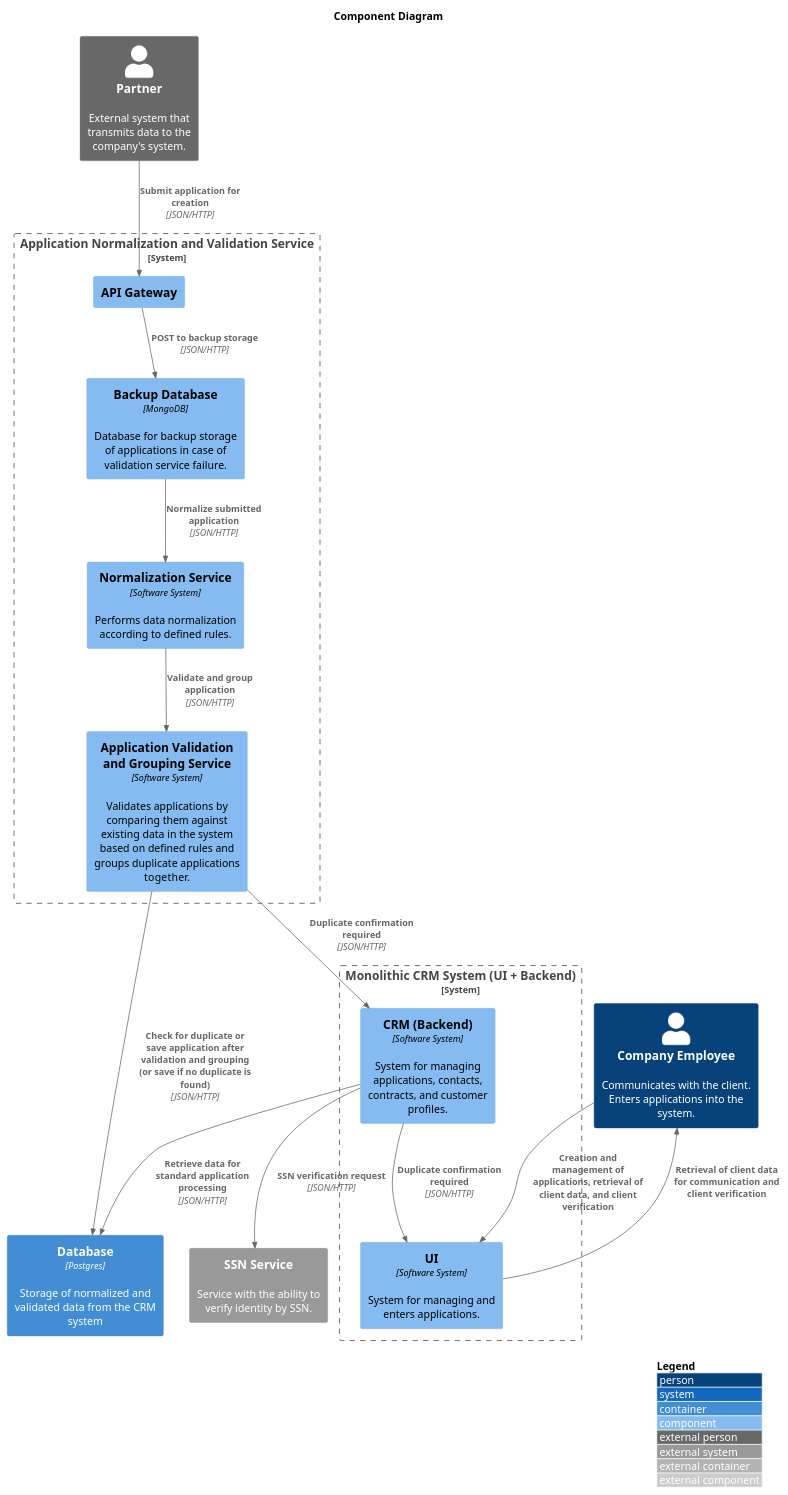
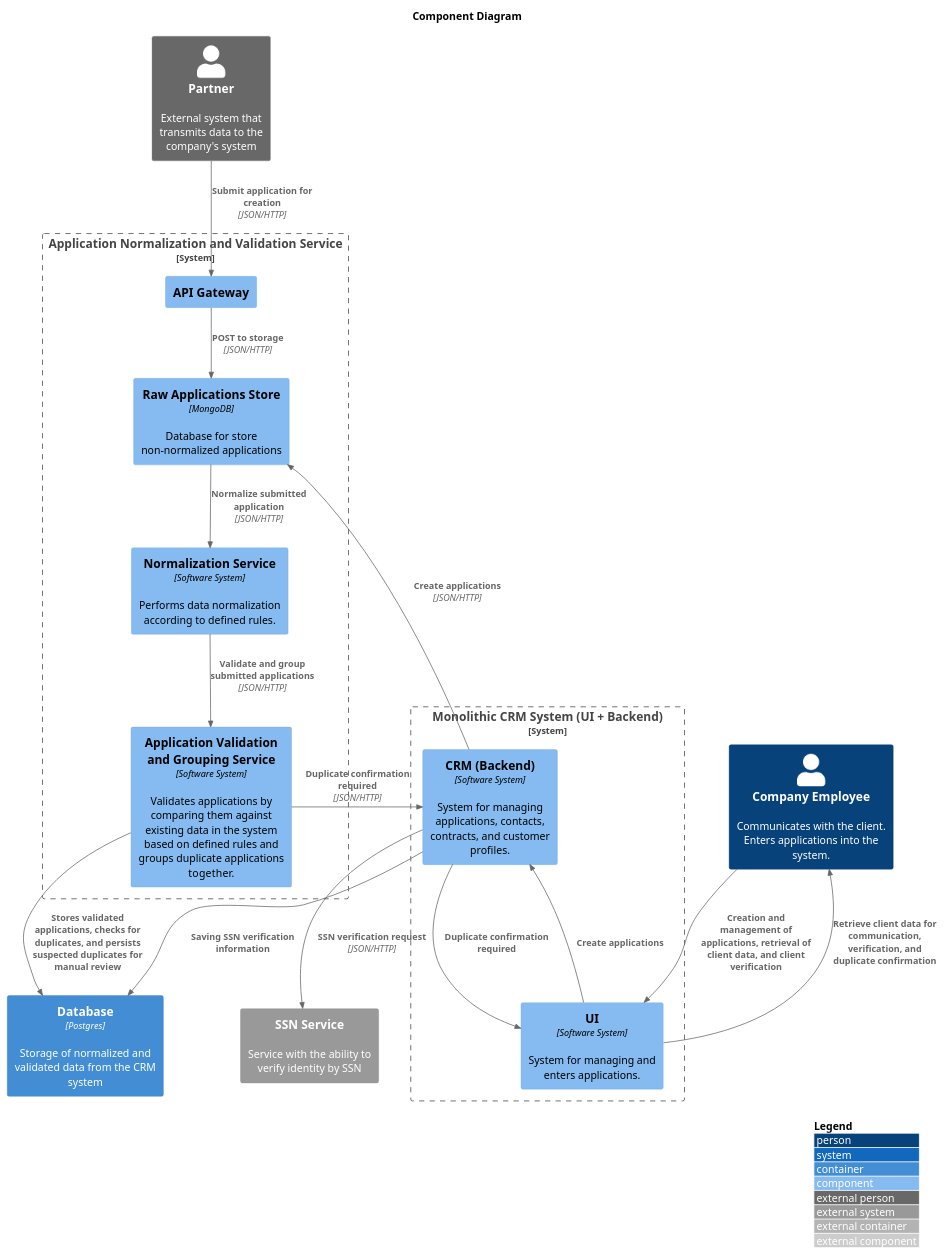
One commit to NikpeFreiheit/solution-duplicate-customer-data changed the diagram in docs/architecture/component-diagram.puml. Above: the diagram before and after it, drawn with PlantUML. The commit also changed 18 other files, not shown here.

First line of the commit message:
refactor: update system architecture and data persistence layers

```diff
--- a/docs/architecture/component-diagram.puml
+++ b/docs/architecture/component-diagram.puml
@@ -1,48 +1,52 @@
 @startuml
 !include https://raw.githubusercontent.com/plantuml-stdlib/C4-PlantUML/master/C4_Component.puml
 LAYOUT_WITH_LEGEND()
 
 ' Standard configuration for compatibility
 set separator none
 
 title Component Diagram
 
 ' External Systems
-Person_Ext(partner, "Partner", "External system that transmits data to the company's system.")
-System_Ext(ssn_service, "SSN Service", "Service with the ability to verify identity by SSN.")
-
+Person_Ext(partner, "Partner", "External system that transmits data to the company's system")
+System_Ext(ssn_service, "SSN Service", "Service with the ability to verify identity by SSN")
 
 ' System Boundary
 System_Boundary(cms_boundary, "Application Normalization and Validation Service") {
     Component(normalization_service, "Normalization Service", "Software System", "Performs data normalization according to defined rules.")
     Component(validation_service, "Application Validation and Grouping Service", "Software System", "Validates applications by comparing them against existing data in the system based on defined rules and groups duplicate applications together.")
     Component(api,"API Gateway",,)
-    Component(backup_db, "Backup Database", "MongoDB", "Database for backup storage of applications in case of validation service failure.")
+    Component(mongo, "Raw Applications Store", "MongoDB", "Database for store non-normalized applications")
 }
 System_Boundary(crm_monolith, "Monolithic CRM System (UI + Backend)"){
     Component(crm, "CRM (Backend)", "Software System", "System for managing applications, contacts, contracts, and customer profiles.")
     Component(ui, "UI", "Software System", "System for managing and enters applications.")
 }
 
-
-
+' Containers
 Container(db, "Database", "Postgres","Storage of normalized and validated data from the CRM system")
 Person(employee, "Company Employee", "Communicates with the client. Enters applications into the system.")
 
 ' Relationships
 Rel(employee, ui, "Creation and management of applications, retrieval of client data, and client verification")
-Rel(ui, employee, "Retrieval of client data for communication and client verification")
 
-Rel(normalization_service, validation_service, "Validate and group application", "JSON/HTTP")
-Rel(validation_service, db, "Check for duplicate or save application after validation and grouping (or save if no duplicate is found)", "JSON/HTTP")
-Rel(validation_service, crm, "Duplicate confirmation required", "JSON/HTTP")
-Rel(crm, ui,  "Duplicate confirmation required", "JSON/HTTP")
+Rel(ui, crm, "Create applications")
+Rel(ui, employee, "Retrieve client data for communication, verification, and duplicate confirmation")
 
 Rel(partner, api, "Submit application for creation", "JSON/HTTP")
-Rel(backup_db, normalization_service, "Normalize submitted application", "JSON/HTTP")
-Rel(api, backup_db, "POST to backup storage", "JSON/HTTP")
+Rel(api, mongo, "POST to storage", "JSON/HTTP")
 
-Rel(crm, db, "Retrieve data for standard application processing", "JSON/HTTP")
+Rel(mongo, normalization_service, "Normalize submitted application", "JSON/HTTP")
+
+Rel(normalization_service, validation_service, "Validate and group submitted applications", "JSON/HTTP")
+Rel(validation_service, db, "Stores validated applications, checks for duplicates, and persists suspected duplicates for manual review")
+Rel(validation_service, crm, "Duplicate confirmation required", "JSON/HTTP")
+
 Rel(crm, ssn_service, "SSN verification request", "JSON/HTTP")
+Rel(crm, db, "Saving SSN verification information")
+Rel(crm, ui,  "Duplicate confirmation required")
+Rel(crm, mongo,  "Create applications", "JSON/HTTP")
+
+
 
 @enduml
```
